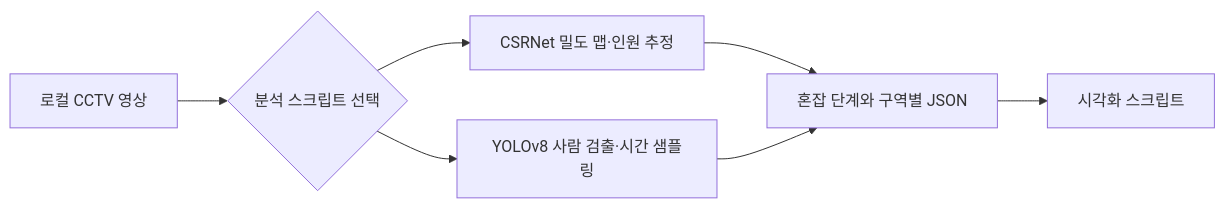
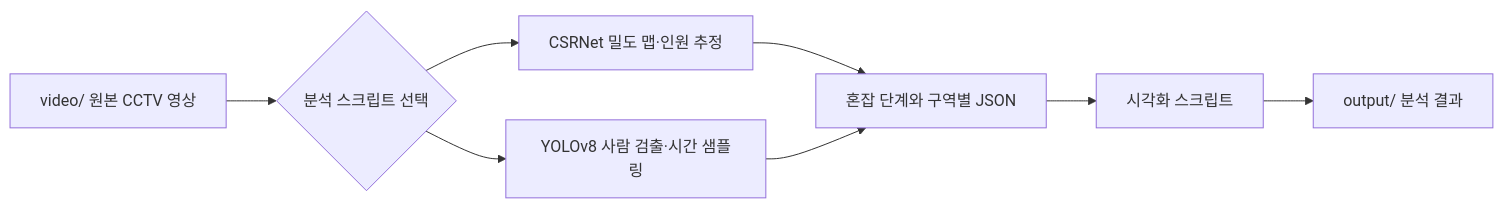
One commit to hyeonje3402/cctv-crowd-analysis changed the diagram in README.md. Above: the diagram before and after it, drawn with Mermaid. The commit also changed other lines of this file and 10 other files, not shown here.

Commit message:
refactor: unify CCTV video input and output folders

```diff
--- a/README.md
+++ b/README.md
@@ -18,9 +18,10 @@
 ~~~mermaid
 flowchart LR
-    A[로컬 CCTV 영상] --> B{분석 스크립트 선택}
+    A[video/ 원본 CCTV 영상] --> B{분석 스크립트 선택}
     B --> C[CSRNet 밀도 맵·인원 추정]
     B --> D[YOLOv8 사람 검출·시간 샘플링]
     C --> E[혼잡 단계와 구역별 JSON]
     D --> E
     E --> F[시각화 스크립트]
+    F --> G[output/ 분석 결과]
 ~~~
```
